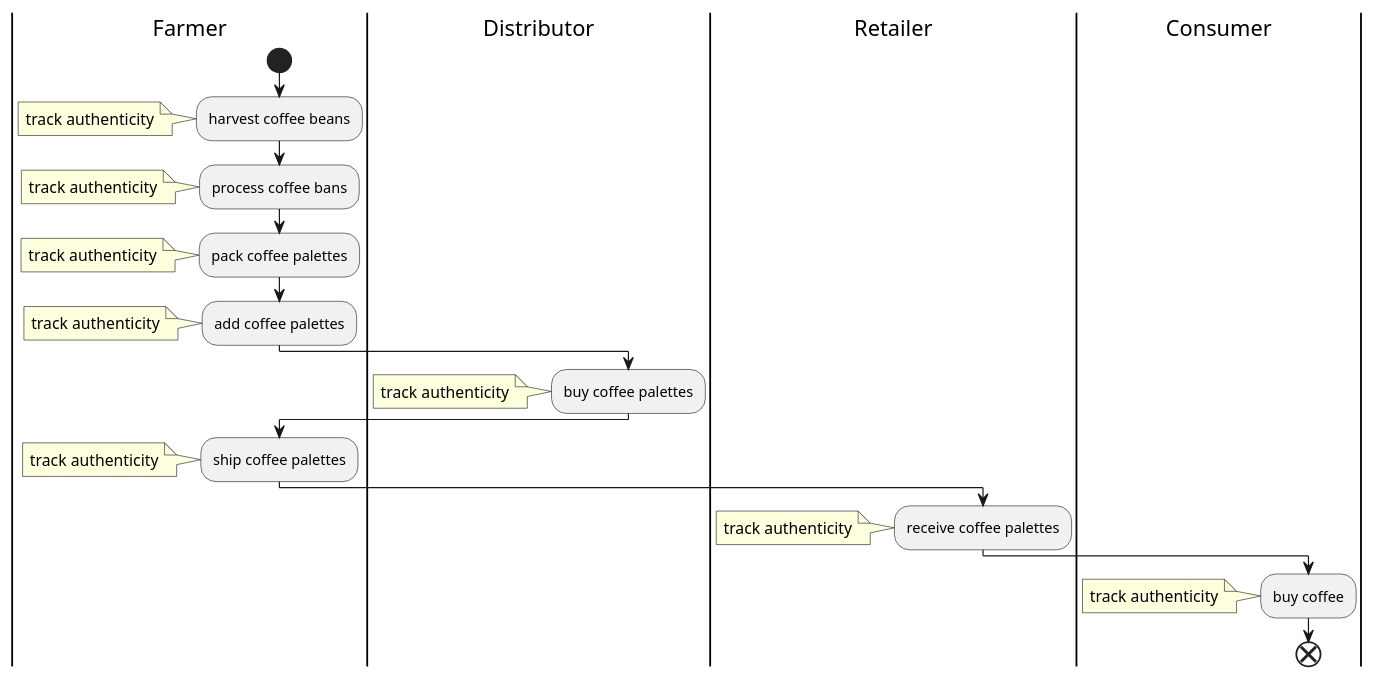
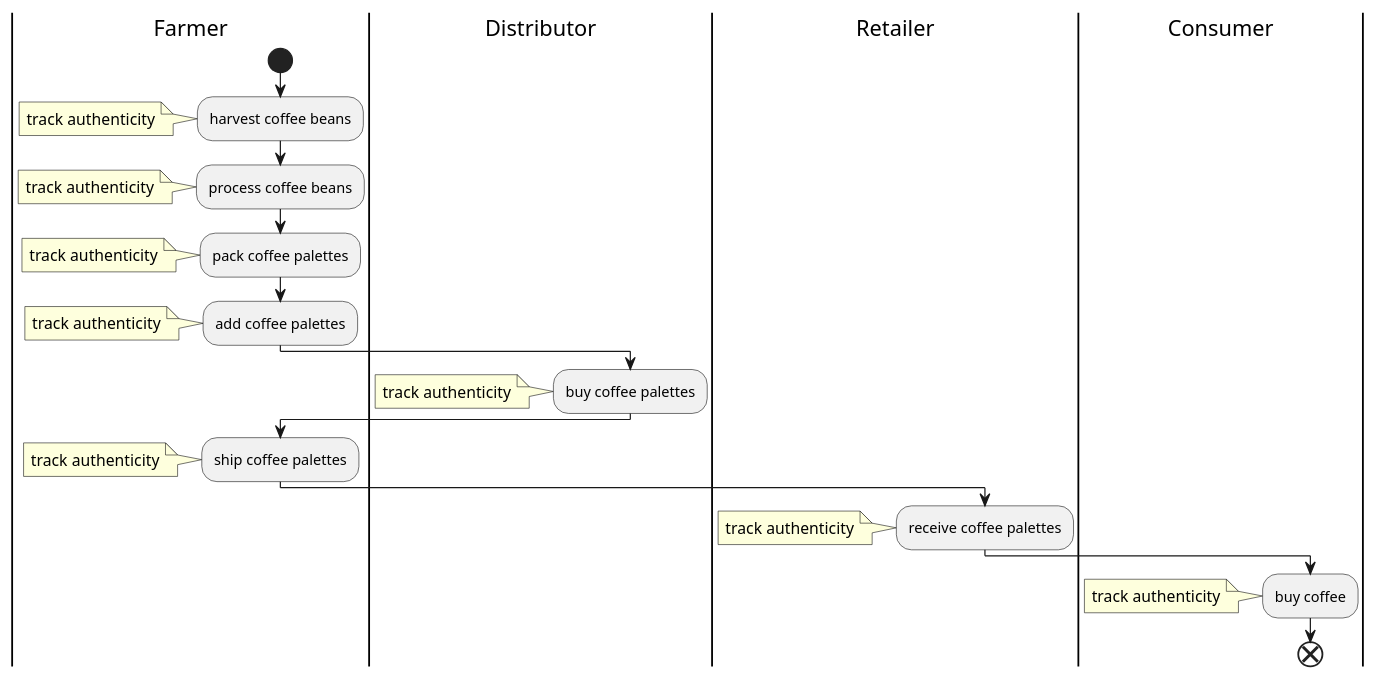
One commit to StuKozola/Udacity-Supply-Chain-Dapp changed the first of 4 diagrams in README.md. Above: the diagram before and after it, drawn with PlantUML. The commit also changed other lines of this file and 2 other files, not shown here.

````diff
--- a/README.md
+++ b/README.md
@@ -115,27 +116,27 @@
 ```plantuml
 @startuml
 |f|Farmer
 start
 :harvest coffee beans;
 note: track authenticity
-:process coffee bans;
+:process coffee beans;
 note: track authenticity
 :pack coffee palettes;
 note: track authenticity
 :add coffee palettes;
 note: track authenticity
 |d|Distributor
 :buy coffee palettes;
 note: track authenticity
 |f|
 :ship coffee palettes;
 note: track authenticity
 |r|Retailer
 :receive coffee palettes;
 note: track authenticity
 |c|Consumer
 :buy coffee;
 note: track authenticity
 end
 @enduml
 ```
````
